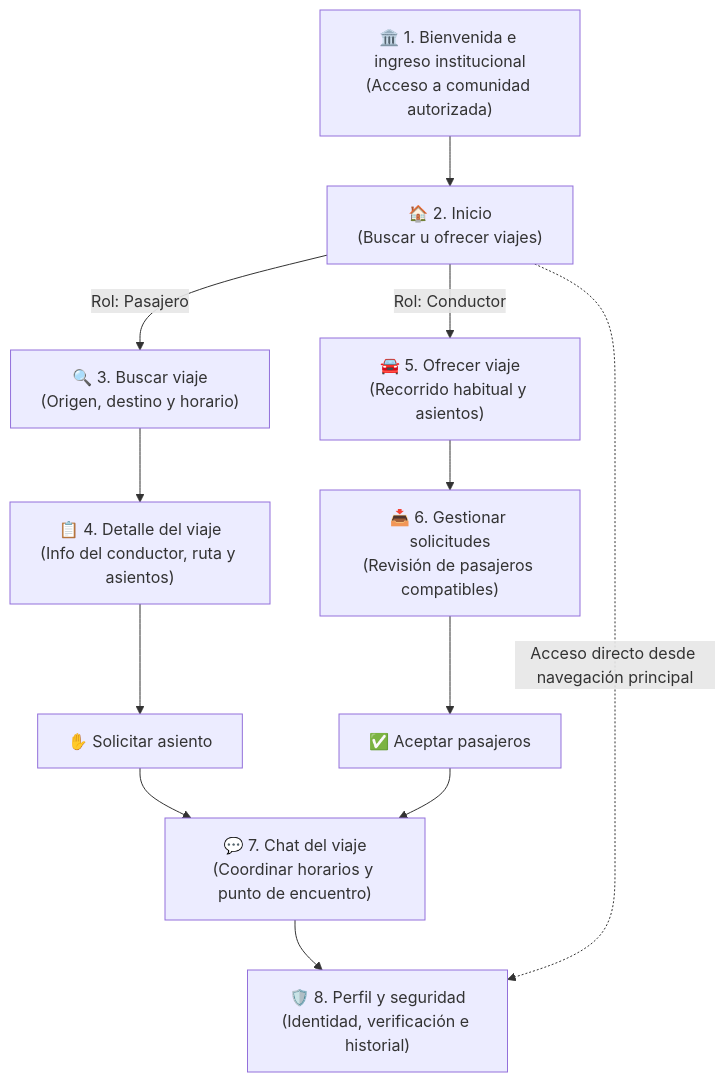
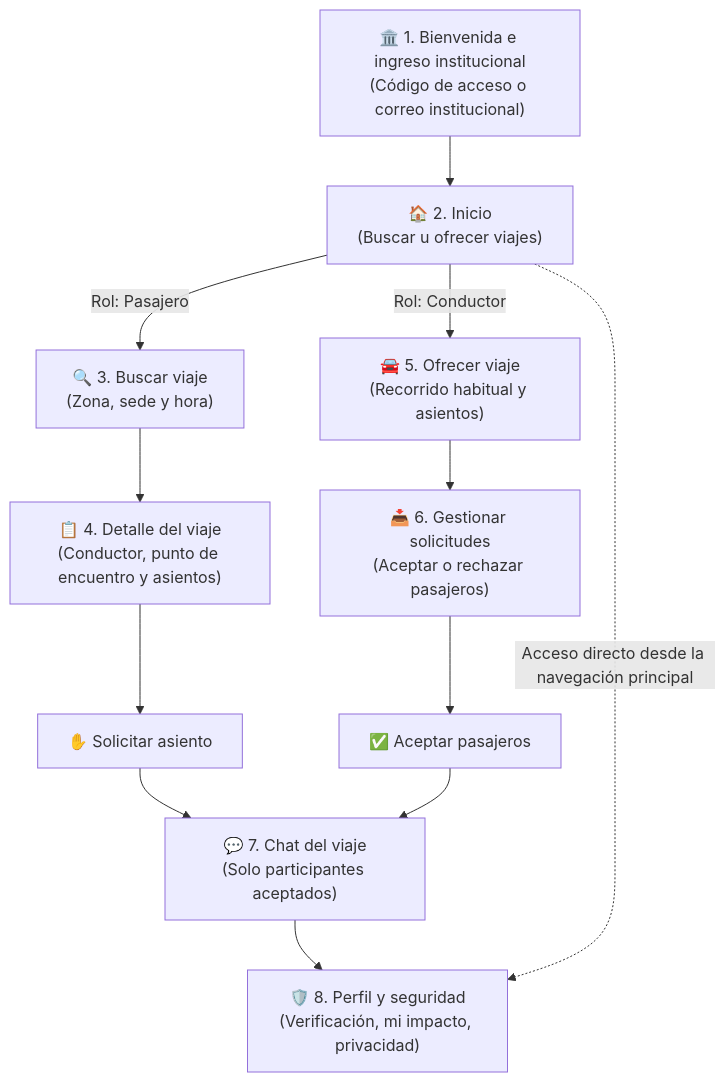
One commit to hack-andes-buscandoanemo/andes-hack changed the first of 3 diagrams in README.md. Above: the diagram before and after it, drawn with Mermaid. The commit also changed other lines of this file, not shown here.

````diff
--- a/README.md
+++ b/README.md
@@ -115,19 +68,19 @@
 ```mermaid
 flowchart TD
-    S1["🏛️ 1. Bienvenida e ingreso institucional\n(Acceso a comunidad autorizada)"] --> S2["🏠 2. Inicio\n(Buscar u ofrecer viajes)"]
+    S1["🏛️ 1. Bienvenida e ingreso institucional\n(Código de acceso o correo institucional)"] --> S2["🏠 2. Inicio\n(Buscar u ofrecer viajes)"]
 
-    S2 -->|"Rol: Pasajero"| S3["🔍 3. Buscar viaje\n(Origen, destino y horario)"]
+    S2 -->|"Rol: Pasajero"| S3["🔍 3. Buscar viaje\n(Zona, sede y hora)"]
     S2 -->|"Rol: Conductor"| S5["🚘 5. Ofrecer viaje\n(Recorrido habitual y asientos)"]
 
-    S3 --> S4["📋 4. Detalle del viaje\n(Info del conductor, ruta y asientos)"]
-    S5 --> S6["📥 6. Gestionar solicitudes\n(Revisión de pasajeros compatibles)"]
+    S3 --> S4["📋 4. Detalle del viaje\n(Conductor, punto de encuentro y asientos)"]
+    S5 --> S6["📥 6. Gestionar solicitudes\n(Aceptar o rechazar pasajeros)"]
 
     S4 --> ActP["✋ Solicitar asiento"]
     S6 --> ActC["✅ Aceptar pasajeros"]
 
-    ActP --> S7["💬 7. Chat del viaje\n(Coordinar horarios y punto de encuentro)"]
+    ActP --> S7["💬 7. Chat del viaje\n(Solo participantes aceptados)"]
     ActC --> S7
 
-    S7 --> S8["🛡️ 8. Perfil y seguridad\n(Identidad, verificación e historial)"]
-    S2 -.->|"Acceso directo desde navegación principal"| S8
+    S7 --> S8["🛡️ 8. Perfil y seguridad\n(Verificación, mi impacto, privacidad)"]
+    S2 -.->|"Acceso directo desde la navegación principal"| S8
 ```
````
